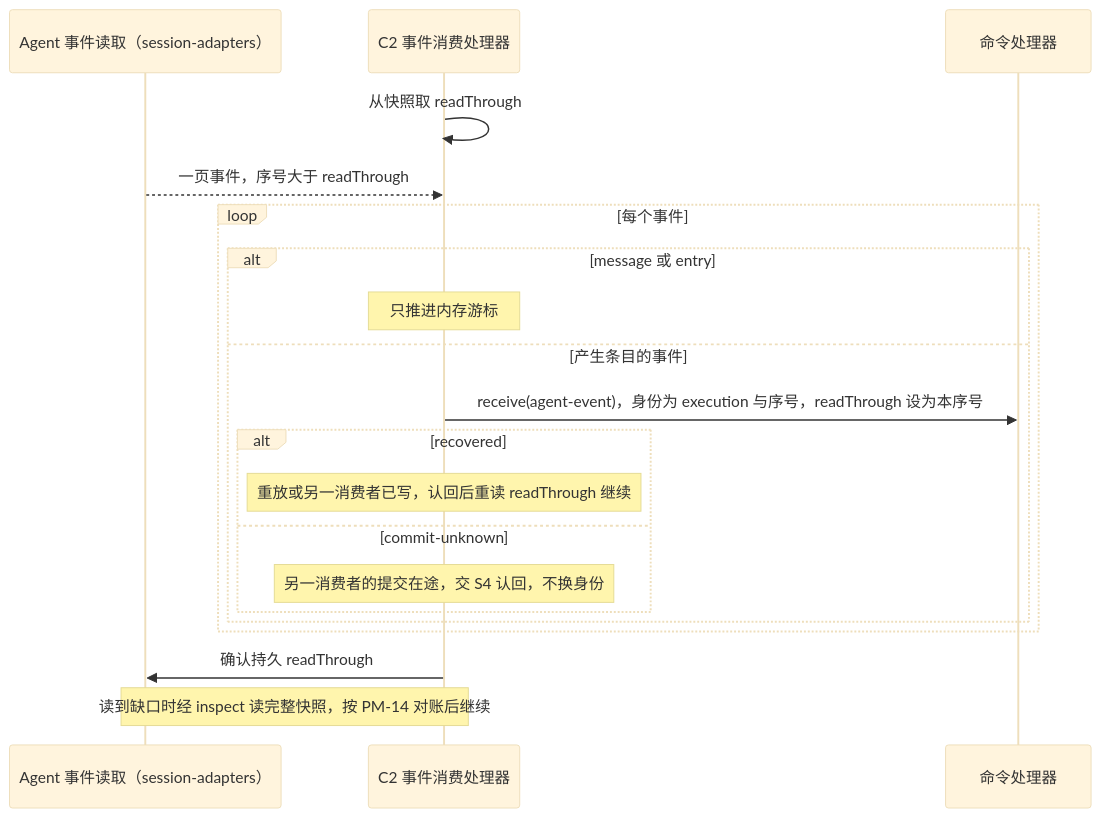
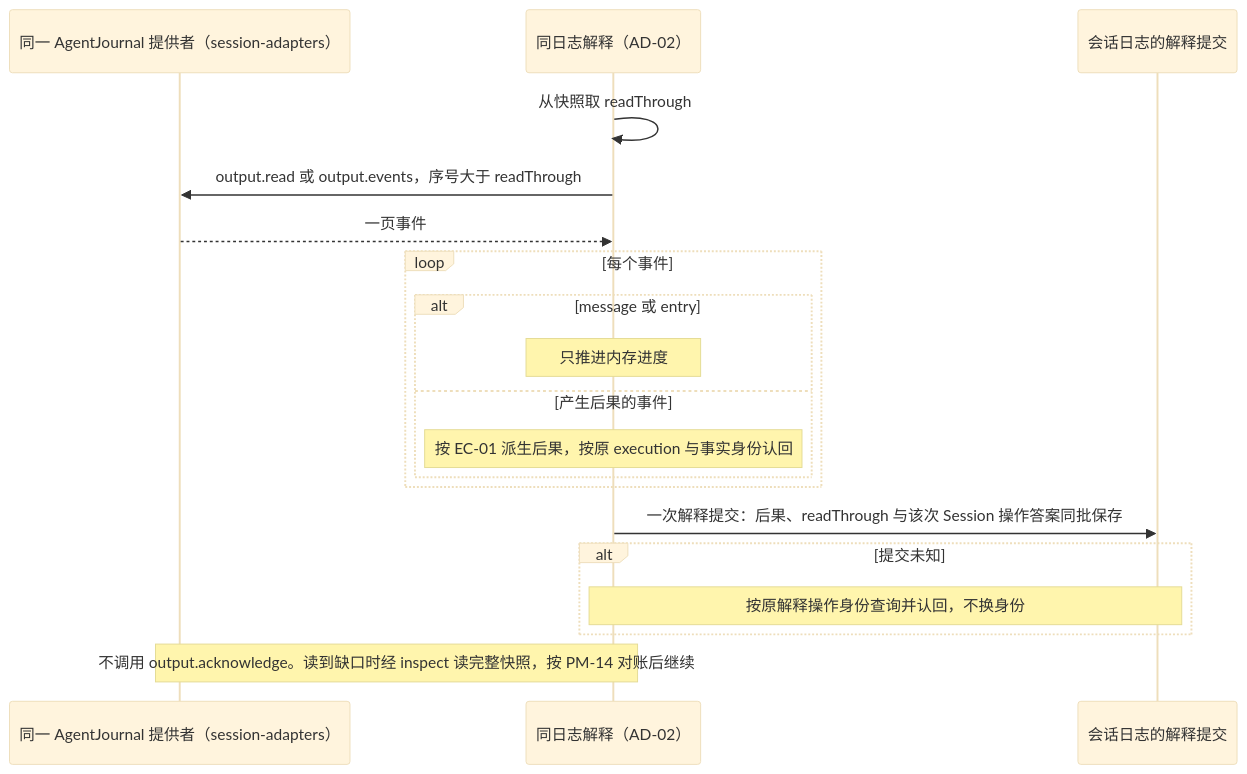
The fourth of 15 diagrams in packages/session/session/docs/flows.md (nemori-ai/omne-harness-lite), drawn with Mermaid (base theme) before and after one commit. The commit also changed other lines of this file and 28 other files, not shown here.

````diff
--- a/packages/session/session/docs/flows.md
+++ b/packages/session/session/docs/flows.md
@@ -113,22 +113,21 @@
 ```mermaid
 sequenceDiagram
-    participant Ev as Agent 事件读取（session-adapters）
-    participant C2 as C2 事件消费处理器
-    participant CP as 命令处理器
-    C2->>C2: 从快照取 readThrough
-    Ev-->>C2: 一页事件，序号大于 readThrough
+    participant J as 同一 AgentJournal 提供者（session-adapters）
+    participant I as 同日志解释（AD-02）
+    participant Tx as 会话日志的解释提交
+    I->>I: 从快照取 readThrough
+    I->>J: output.read 或 output.events，序号大于 readThrough
+    J-->>I: 一页事件
     loop 每个事件
         alt message 或 entry
-            Note over C2: 只推进内存游标
-        else 产生条目的事件
-            C2->>CP: receive(agent-event)，身份为 execution 与序号，readThrough 设为本序号
-            alt recovered
-                Note over C2: 重放或另一消费者已写，认回后重读 readThrough 继续
-            else commit-unknown
-                Note over C2: 另一消费者的提交在途，交 S4 认回，不换身份
-            end
+            Note over I: 只推进内存进度
+        else 产生后果的事件
+            Note over I: 按 EC-01 派生后果，按原 execution 与事实身份认回
         end
     end
-    C2->>Ev: 确认持久 readThrough
-    Note over Ev,C2: 读到缺口时经 inspect 读完整快照，按 PM-14 对账后继续
+    I->>Tx: 一次解释提交：后果、readThrough 与该次 Session 操作答案同批保存
+    alt 提交未知
+        Note over I,Tx: 按原解释操作身份查询并认回，不换身份
+    end
+    Note over I,J: 不调用 output.acknowledge。读到缺口时经 inspect 读完整快照，按 PM-14 对账后继续
 ```
````
